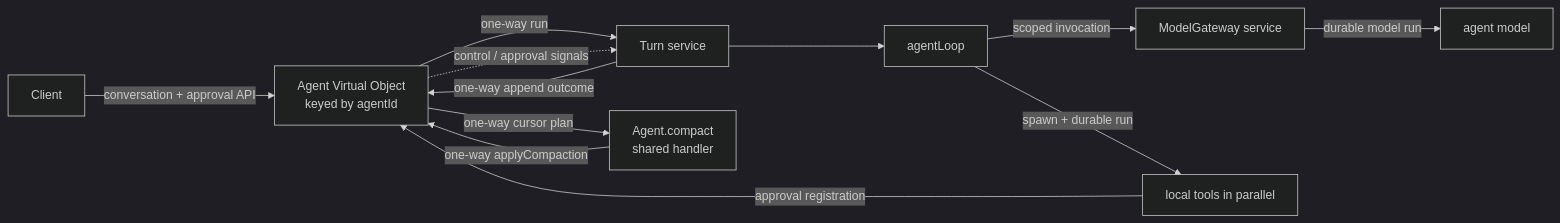
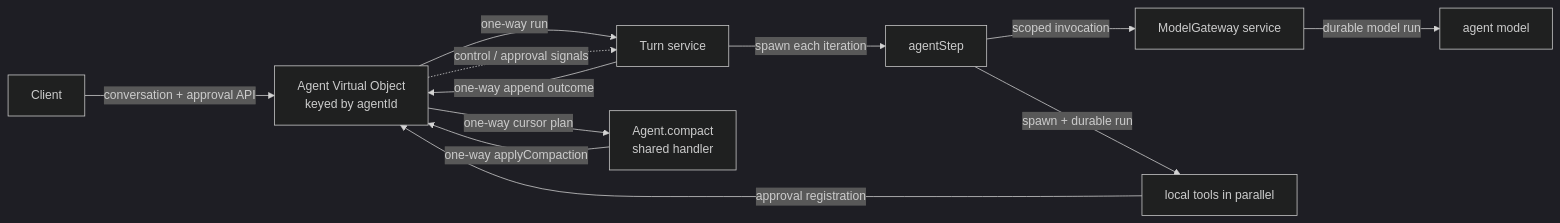
Before and after one commit to restatedev/agent: the diagram in README.md, drawn with Mermaid (dark theme). The commit also changed other lines of this file and 17 other files, not shown here.

Commit message:
refactor(example): make Turn own the agent state machine

````diff
--- a/README.md
+++ b/README.md
@@ -7,14 +7,14 @@
 ```mermaid
 flowchart LR
   Client -->|"conversation + approval API"| Agent["Agent Virtual Object\nkeyed by agentId"]
   Agent -->|"one-way run"| Turn["Turn service"]
   Agent -.->|"control / approval signals"| Turn
-  Turn --> Loop["agentLoop"]
-  Loop -->|"scoped invocation"| Gateway["ModelGateway service"]
+  Turn -->|"spawn each iteration"| Step["agentStep"]
+  Step -->|"scoped invocation"| Gateway["ModelGateway service"]
   Gateway -->|"durable model run"| Model["agent model"]
-  Loop -->|"spawn + durable run"| Tools["local tools in parallel"]
+  Step -->|"spawn + durable run"| Tools["local tools in parallel"]
   Tools -->|"approval registration"| Agent
   Turn -->|"one-way append outcome"| Agent
   Agent -->|"one-way cursor plan"| Compactor["Agent.compact\nshared handler"]
   Compactor -->|"one-way applyCompaction"| Agent
 ```
````
